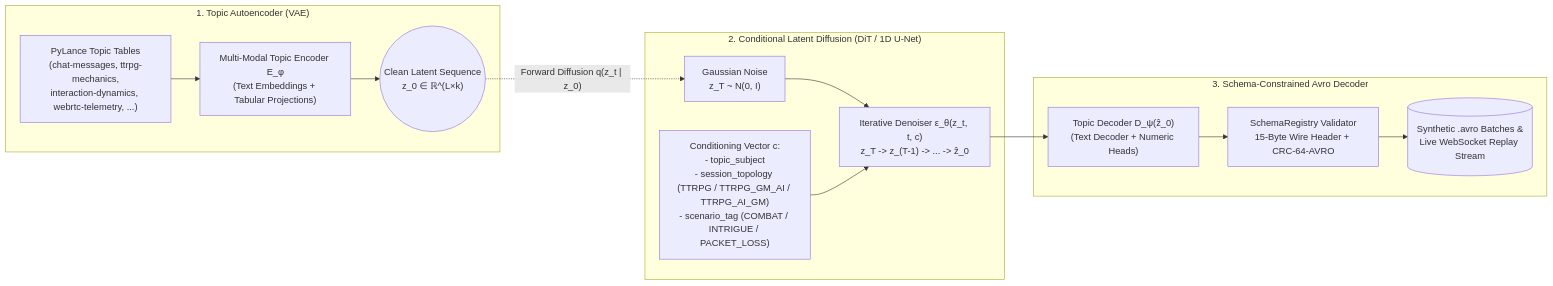
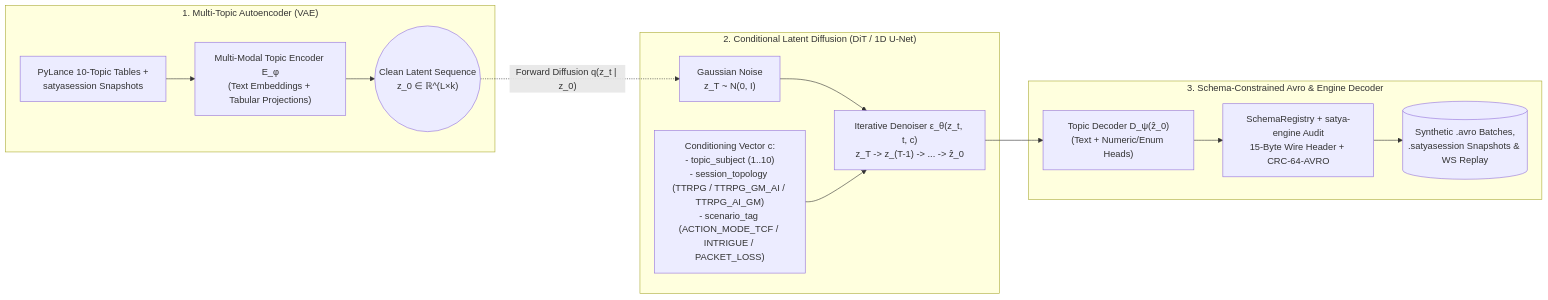
One commit to rarebreed/satya changed the fourth of 6 diagrams in docs/technical/custom-ml-models-and-data-use-cases.md. Above: the diagram before and after it, drawn with Mermaid. The commit also changed other lines of this file and 12 other files, not shown here.

````diff
--- a/docs/technical/custom-ml-models-and-data-use-cases.md
+++ b/docs/technical/custom-ml-models-and-data-use-cases.md
@@ -180,26 +261,26 @@
 ```mermaid
 flowchart LR
-    subgraph Stage1["1. Topic Autoencoder (VAE)"]
-        Real["PyLance Topic Tables\n(chat-messages, ttrpg-mechanics,\ninteraction-dynamics, webrtc-telemetry, ...)"]
+    subgraph Stage1["1. Multi-Topic Autoencoder (VAE)"]
+        Real["PyLance 10-Topic Tables +\nsatyasession Snapshots"]
         Enc["Multi-Modal Topic Encoder E_φ\n(Text Embeddings + Tabular Projections)"]
         Z0(("Clean Latent Sequence\nz_0 ∈ ℝ^(L×k)"))
     end
 
     subgraph Stage2["2. Conditional Latent Diffusion (DiT / 1D U-Net)"]
         Noise["Gaussian Noise\nz_T ~ N(0, I)"]
-        Cond["Conditioning Vector c:\n- topic_subject\n- session_topology (TTRPG / TTRPG_GM_AI / TTRPG_AI_GM)\n- scenario_tag (COMBAT / INTRIGUE / PACKET_LOSS)"]
+        Cond["Conditioning Vector c:\n- topic_subject (1..10)\n- session_topology (TTRPG / TTRPG_GM_AI / TTRPG_AI_GM)\n- scenario_tag (ACTION_MODE_TCF / INTRIGUE / PACKET_LOSS)"]
         Denoiser["Iterative Denoiser ε_θ(z_t, t, c)\nz_T -> z_(T-1) -> ... -> ẑ_0"]
     end
 
-    subgraph Stage3["3. Schema-Constrained Avro Decoder"]
-        Dec["Topic Decoder D_ψ(ẑ_0)\n(Text Decoder + Numeric Heads)"]
-        Wire["SchemaRegistry Validator\n15-Byte Wire Header + CRC-64-AVRO"]
-        Out[("Synthetic .avro Batches &\nLive WebSocket Replay Stream")]
+    subgraph Stage3["3. Schema-Constrained Avro & Engine Decoder"]
+        Dec["Topic Decoder D_ψ(ẑ_0)\n(Text + Numeric/Enum Heads)"]
+        Wire["SchemaRegistry + satya-engine Audit\n15-Byte Wire Header + CRC-64-AVRO"]
+        Out[("Synthetic .avro Batches,\n.satyasession Snapshots & WS Replay")]
     end
 
     Real --> Enc --> Z0
     Z0 -.->|"Forward Diffusion q(z_t | z_0)"| Noise
     Noise --> Denoiser
     Cond --> Denoiser
     Denoiser --> Dec --> Wire --> Out
 ```
````
